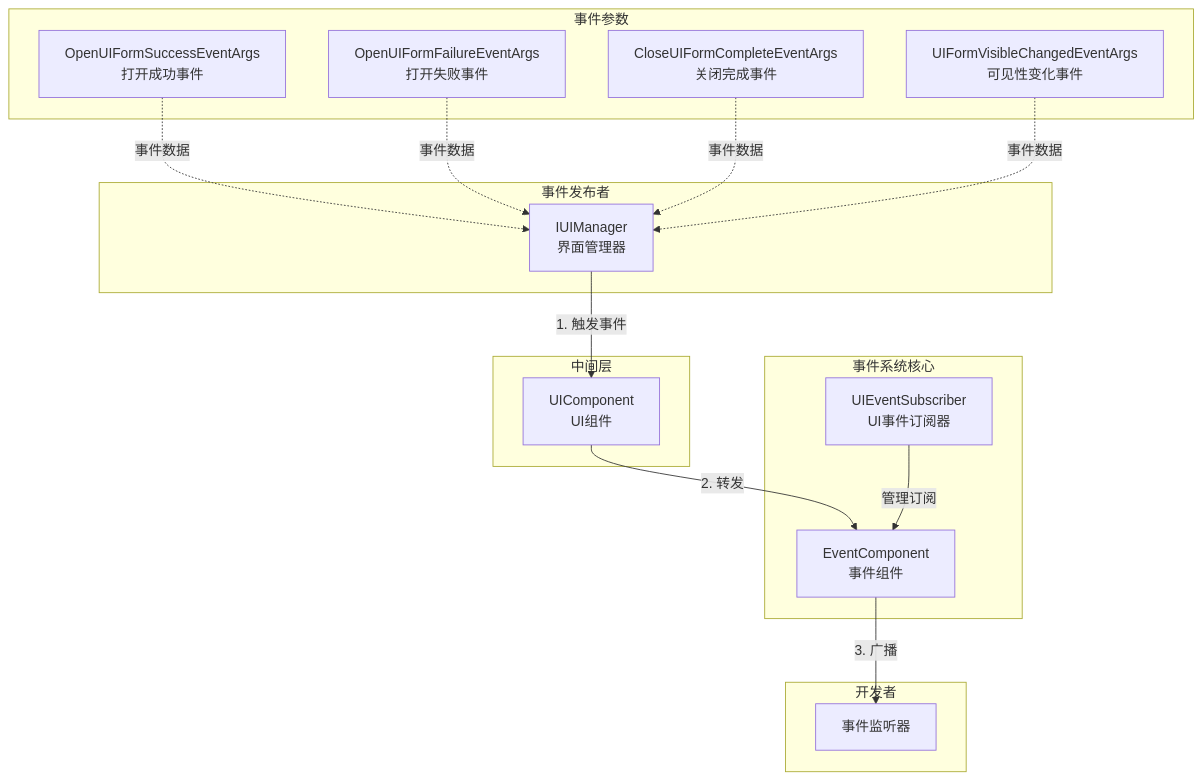
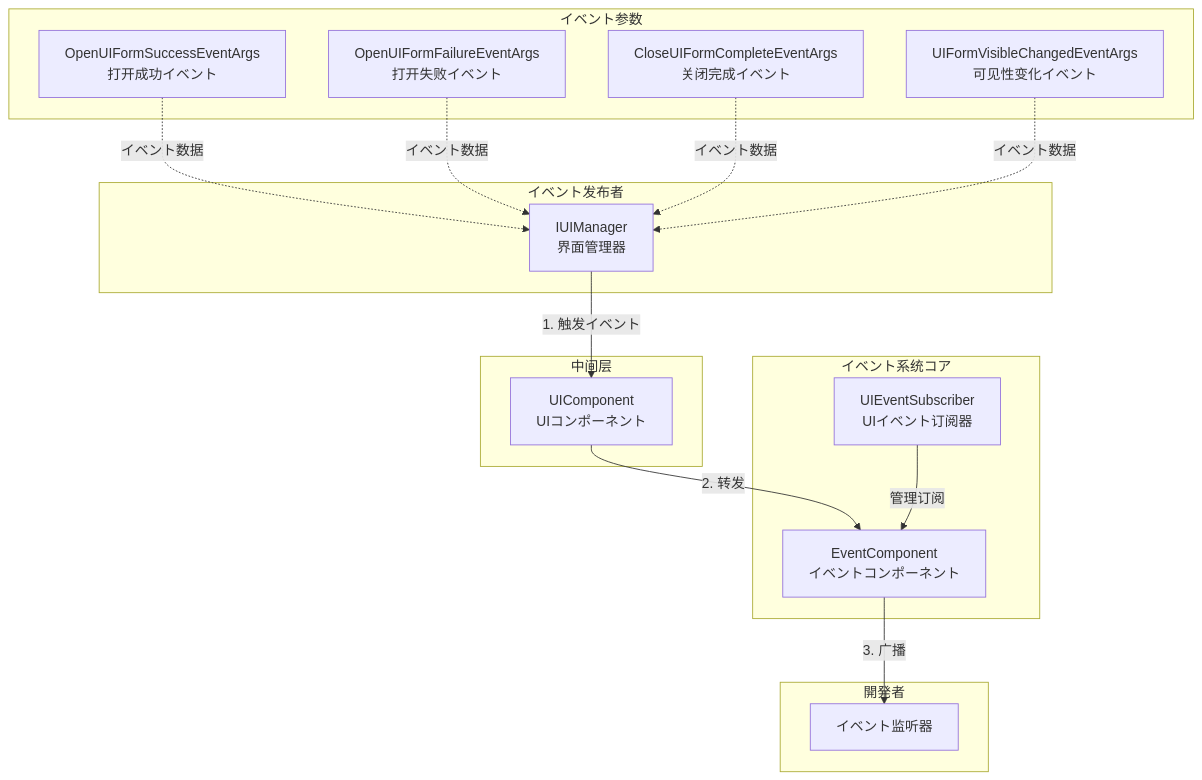
Before and after one commit to AlianBlank/GameFrameX.Docs: the first of 3 diagrams in docs/ja/client/unity/component/ui/08.event-system.md, drawn with Mermaid. The commit also changed other lines of this file and 603 other files, not shown here.

````diff
--- a/docs/ja/client/unity/component/ui/08.event-system.md
+++ b/docs/ja/client/unity/component/ui/08.event-system.md
@@ -20,37 +20,37 @@
 ```mermaid
 graph TD
-    subgraph 事件发布者
+    subgraph イベント发布者
         IUIManager[IUIManager<br/>界面管理器]
     end
 
     subgraph 中间层
-        UIComponent[UIComponent<br/>UI组件]
+        UIComponent[UIComponent<br/>UIコンポーネント]
     end
 
-    subgraph 事件系统核心
-        EventComponent[EventComponent<br/>事件组件]
-        UIEventSubscriber[UIEventSubscriber<br/>UI事件订阅器]
+    subgraph イベント系统コア
+        EventComponent[EventComponent<br/>イベントコンポーネント]
+        UIEventSubscriber[UIEventSubscriber<br/>UIイベント订阅器]
     end
 
-    subgraph 事件参数
-        OpenSuccess[OpenUIFormSuccessEventArgs<br/>打开成功事件]
-        OpenFailure[OpenUIFormFailureEventArgs<br/>打开失败事件]
-        CloseComplete[CloseUIFormCompleteEventArgs<br/>关闭完成事件]
-        VisibleChanged[UIFormVisibleChangedEventArgs<br/>可见性变化事件]
+    subgraph イベント参数
+        OpenSuccess[OpenUIFormSuccessEventArgs<br/>打开成功イベント]
+        OpenFailure[OpenUIFormFailureEventArgs<br/>打开失败イベント]
+        CloseComplete[CloseUIFormCompleteEventArgs<br/>关闭完成イベント]
+        VisibleChanged[UIFormVisibleChangedEventArgs<br/>可见性变化イベント]
     end
 
-    subgraph 开发者
-        Listener[事件监听器]
+    subgraph 開発者
+        Listener[イベント监听器]
     end
 
-    IUIManager -->|1. 触发事件| UIComponent
+    IUIManager -->|1. 触发イベント| UIComponent
     UIComponent -->|2. 转发| EventComponent
     EventComponent -->|3. 广播| Listener
     
     UIEventSubscriber -->|管理订阅| EventComponent
     
-    OpenSuccess -.->|事件数据| IUIManager
-    OpenFailure -.->|事件数据| IUIManager
-    CloseComplete -.->|事件数据| IUIManager
-    VisibleChanged -.->|事件数据| IUIManager
+    OpenSuccess -.->|イベント数据| IUIManager
+    OpenFailure -.->|イベント数据| IUIManager
+    CloseComplete -.->|イベント数据| IUIManager
+    VisibleChanged -.->|イベント数据| IUIManager
 ```
````
